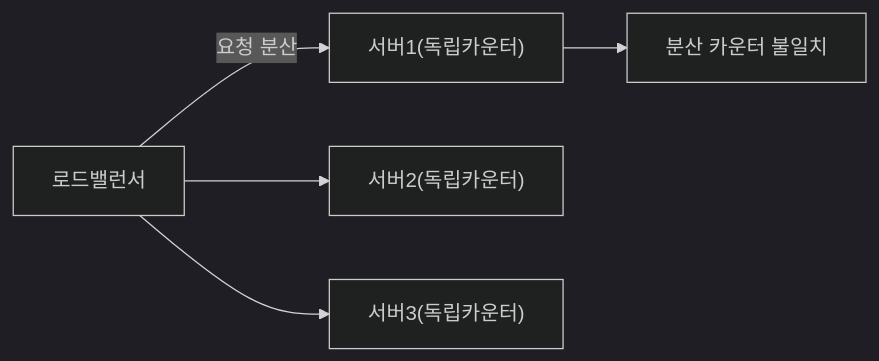
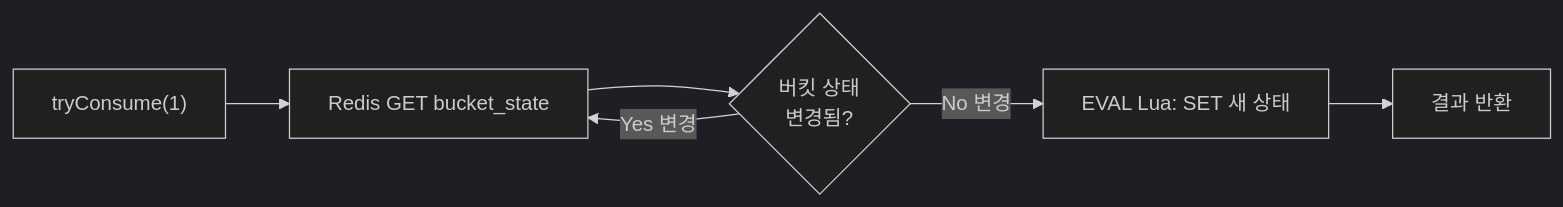
Before and after one commit to yjkim2015/yjkim2015.github.io: the sixth of 10 diagrams in _posts/spring/2026-05-01-rate-limiting.md, drawn with Mermaid (dark theme). The commit also changed other lines of this file and 4 other files, not shown here.

````diff
--- a/_posts/spring/2026-05-01-rate-limiting.md
+++ b/_posts/spring/2026-05-01-rate-limiting.md
@@ -683,7 +476,8 @@
 ```mermaid
 graph LR
-    LB["로드밸런서"] -->|"요청 분산"| S1["서버1(독립카운터)"]
-    LB --> S2["서버2(독립카운터)"]
-    LB --> S3["서버3(독립카운터)"]
-    S1 --> PROB["분산 카운터 불일치"]
+    REQ["tryConsume(1)"] --> GET["Redis GET bucket_state"]
+    GET --> CAS{"버킷 상태\n변경됨?"}
+    CAS -->|"No 변경"| UPD["EVAL Lua: SET 새 상태"]
+    CAS -->|"Yes 변경"| GET
+    UPD --> DONE["결과 반환"]
 ```
````
